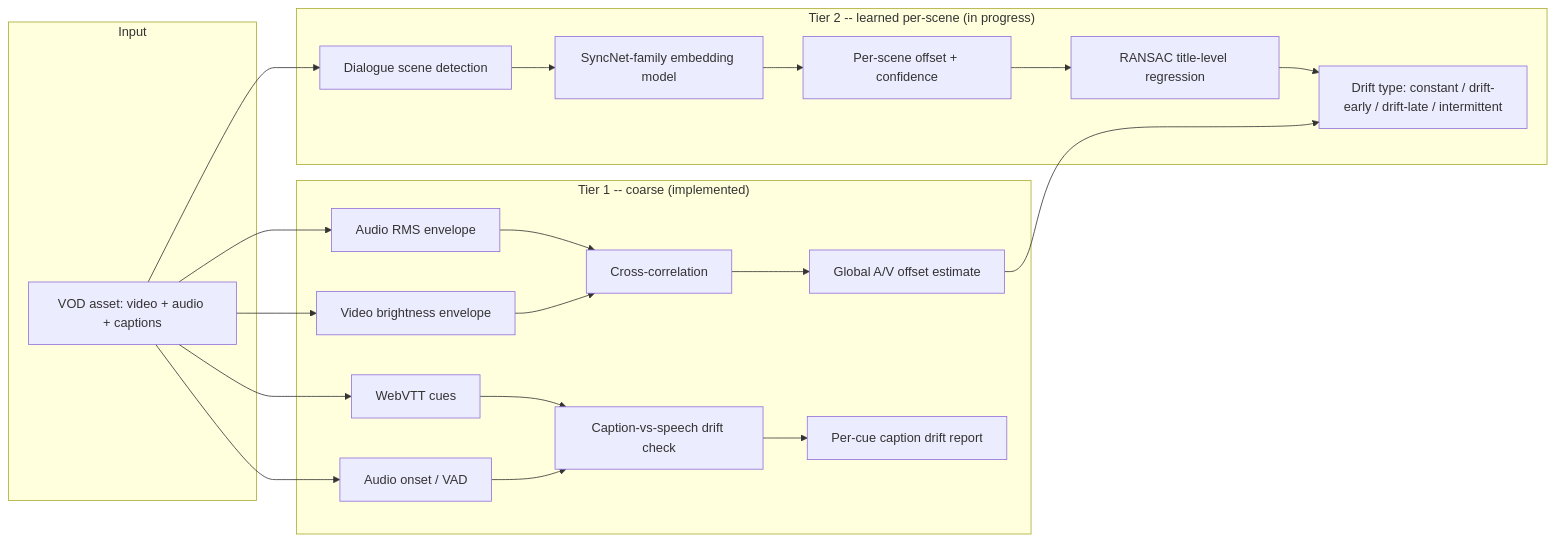
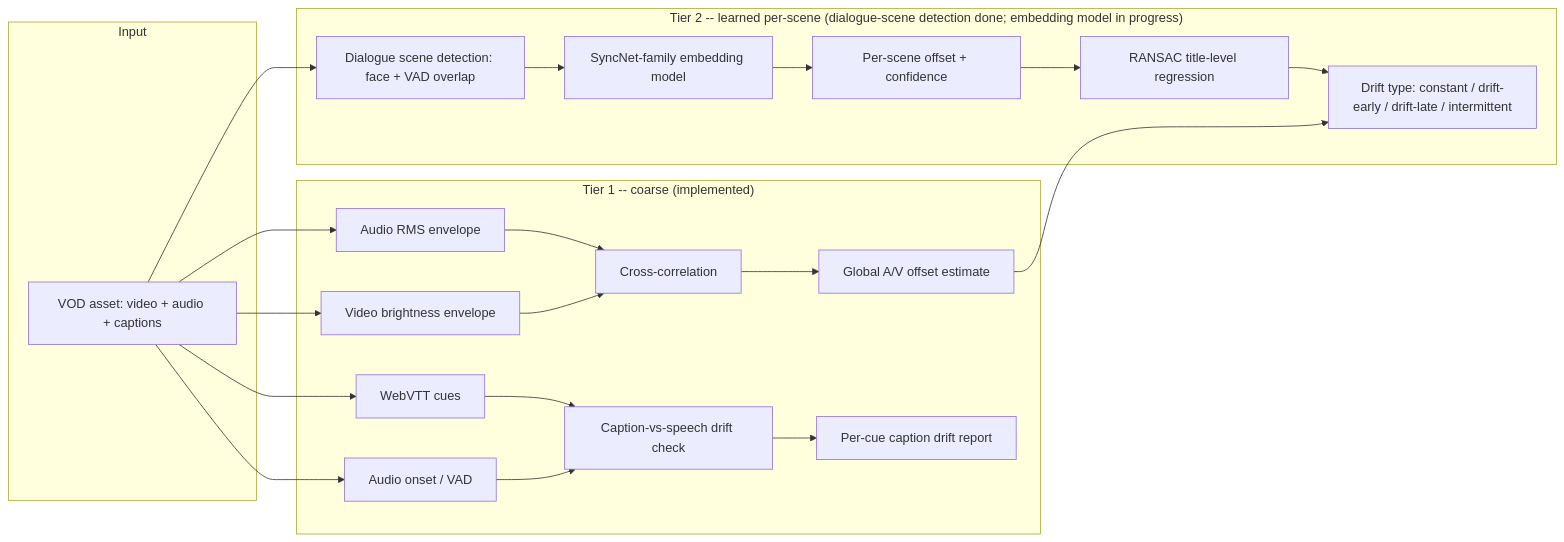
One commit to arjun-thekkethil11/syncsentry changed the diagram in README.md. Above: the diagram before and after it, drawn with Mermaid. The commit also changed other lines of this file and 17 other files, not shown here.

````diff
--- a/README.md
+++ b/README.md
@@ -38,29 +38,29 @@
 ```mermaid
 flowchart LR
     subgraph Input
         V[VOD asset: video + audio + captions]
     end
 
     subgraph "Tier 1 -- coarse (implemented)"
         A[Audio RMS envelope] --> X[Cross-correlation]
         B[Video brightness envelope] --> X
         X --> O1[Global A/V offset estimate]
         C[WebVTT cues] --> D[Caption-vs-speech drift check]
         E[Audio onset / VAD] --> D
         D --> O2[Per-cue caption drift report]
     end
 
-    subgraph "Tier 2 -- learned per-scene (in progress)"
-        F[Dialogue scene detection] --> G[SyncNet-family embedding model]
+    subgraph "Tier 2 -- learned per-scene (dialogue-scene detection done; embedding model in progress)"
+        F[Dialogue scene detection: face + VAD overlap] --> G[SyncNet-family embedding model]
         G --> H[Per-scene offset + confidence]
         H --> I[RANSAC title-level regression]
         I --> O3[Drift type: constant / drift-early / drift-late / intermittent]
     end
 
     V --> A
     V --> B
     V --> C
     V --> E
     V --> F
     O1 --> O3
 ```
````
